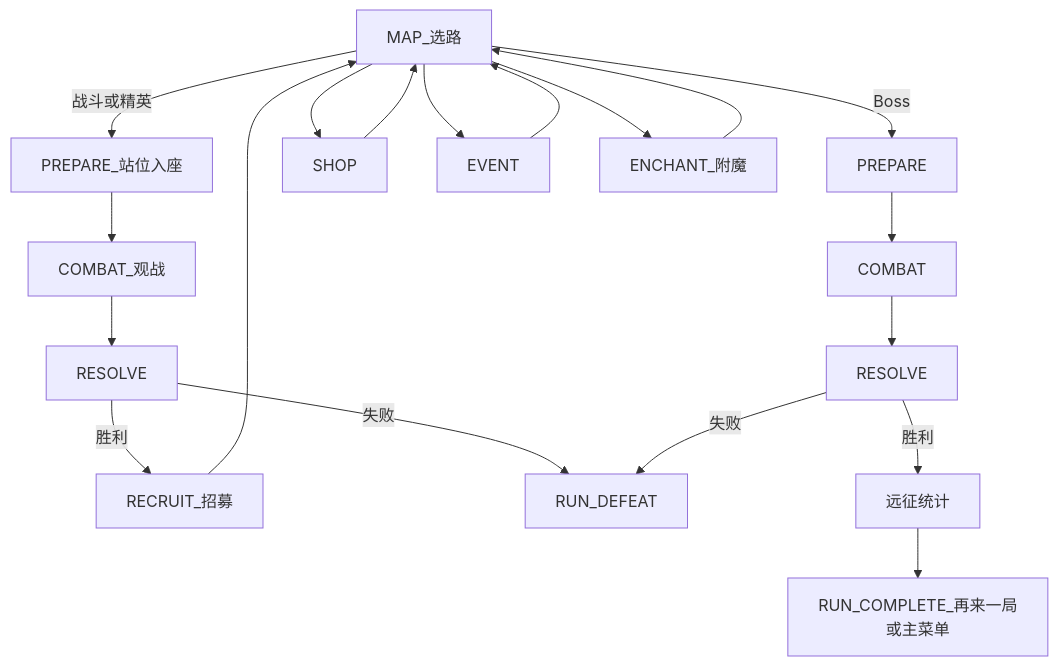
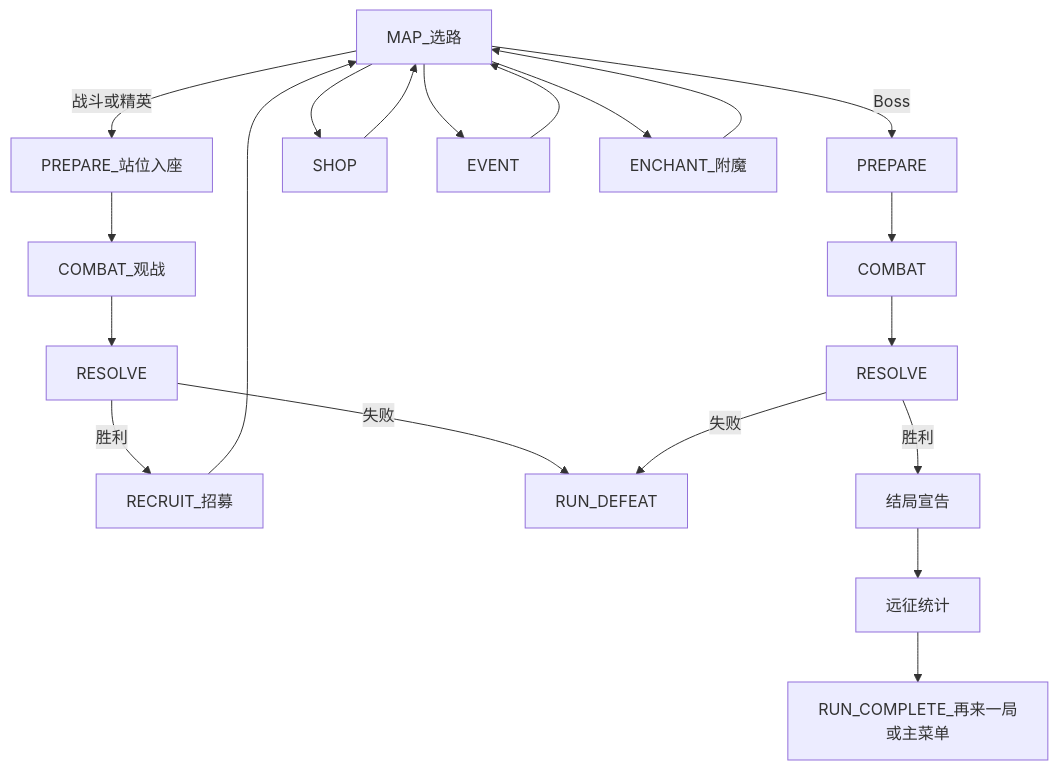
Before and after one commit to Kanerickyz/project-autochess: the first of 2 diagrams in Documents/GAME_VISION.md, drawn with Mermaid. The commit also changed 10 other files, not shown here.

````diff
--- a/Documents/GAME_VISION.md
+++ b/Documents/GAME_VISION.md
@@ -104,13 +104,14 @@
 ```mermaid
 flowchart TD
     Map[MAP_选路] -->|战斗或精英| Prep[PREPARE_站位入座] --> Combat[COMBAT_观战] --> Resolve[RESOLVE]
     Resolve -->|胜利| Recruit[RECRUIT_招募] --> Map
     Resolve -->|失败| RunDefeat[RUN_DEFEAT]
     Map -->|Boss| BossPrep[PREPARE] --> BossCombat[COMBAT] --> BossResolve[RESOLVE]
-    BossResolve -->|胜利| RunStats[远征统计]
+    BossResolve -->|胜利| RunResult[结局宣告]
+    RunResult --> RunStats[远征统计]
     RunStats --> RunComplete[RUN_COMPLETE_再来一局或主菜单]
     BossResolve -->|失败| RunDefeat
     Map --> ShopNode[SHOP] --> Map
     Map --> Event[EVENT] --> Map
     Map --> Enchant[ENCHANT_附魔] --> Map
 ```
````
